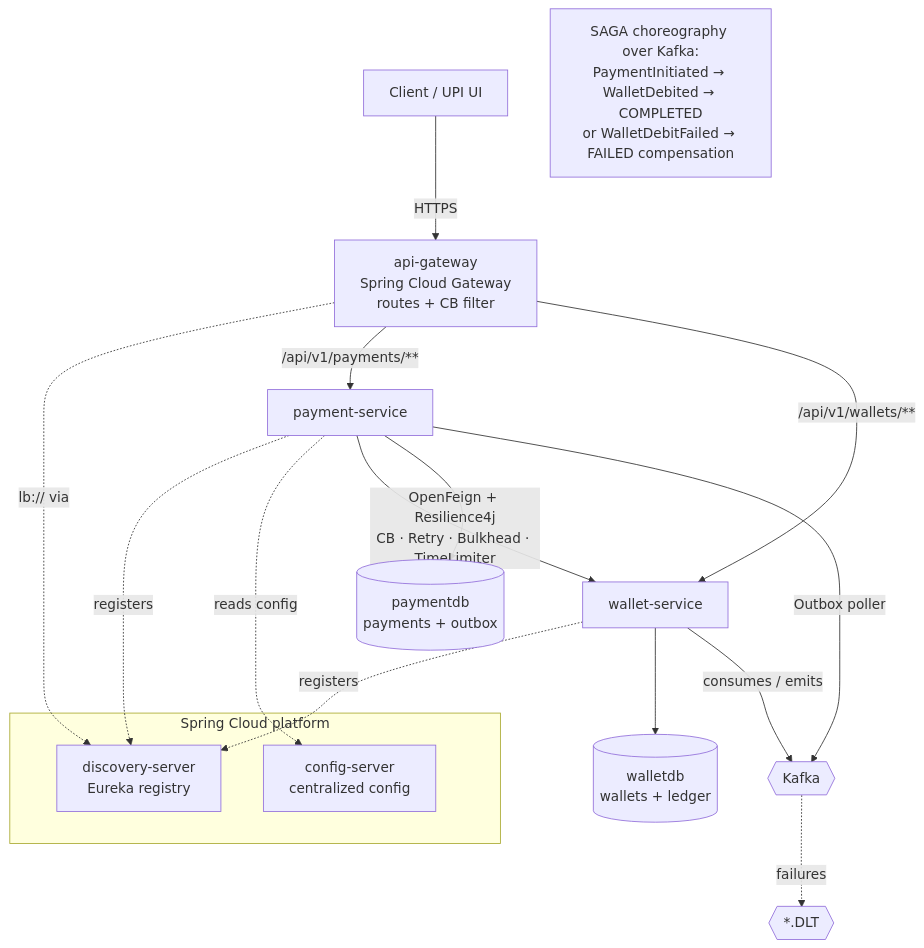
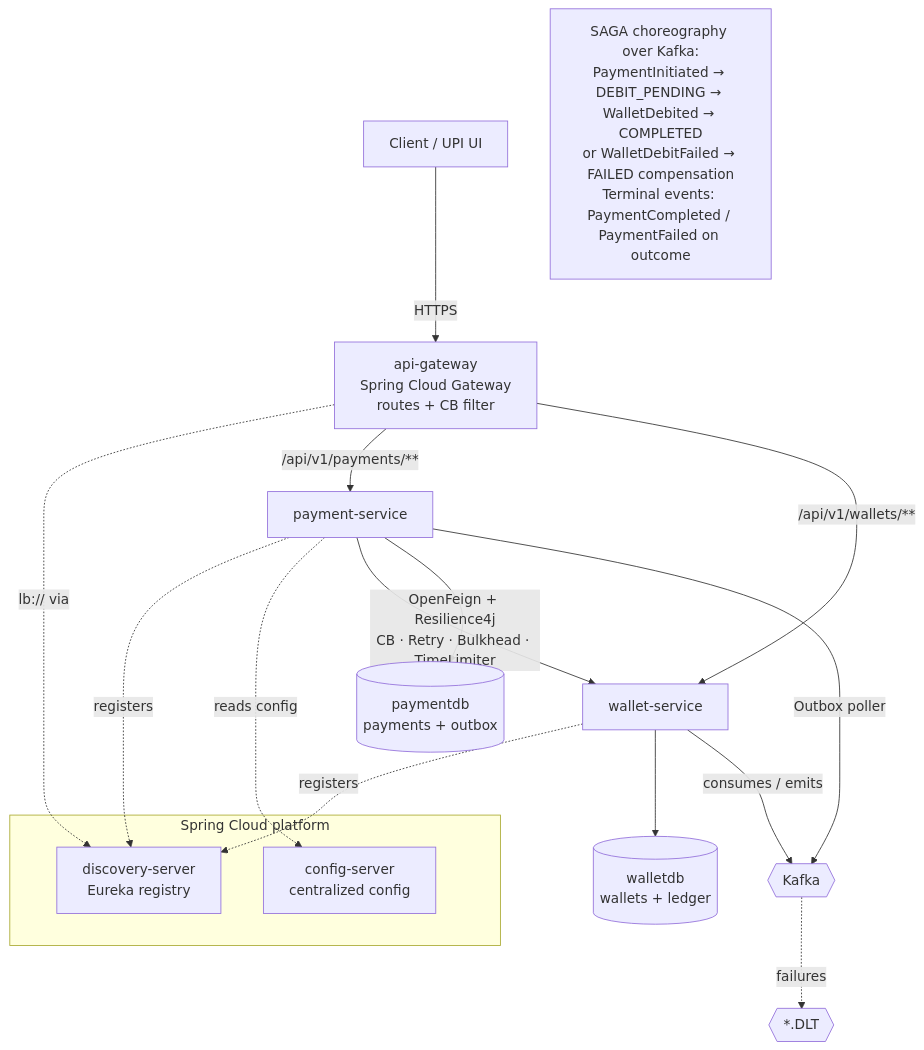
The first of 5 diagrams in DIAGRAMS.md (guptaumang769/upi-payment-system), drawn with Mermaid before and after one commit. The commit also changed other lines of this file and 2 other files, not shown here.

Commit message:
feat(payment): add DEBIT_PENDING to Payment status enum

````diff
--- a/DIAGRAMS.md
+++ b/DIAGRAMS.md
@@ -16,26 +16,26 @@
 ```mermaid
 flowchart TB
     Client[Client / UPI UI] -->|HTTPS| GW[api-gateway<br/>Spring Cloud Gateway<br/>routes + CB filter]
 
     subgraph Platform[Spring Cloud platform]
       Eureka[discovery-server<br/>Eureka registry]
       Config[config-server<br/>centralized config]
     end
 
     GW -. lb:// via .-> Eureka
     Pay -. registers .-> Eureka
     Wal -. registers .-> Eureka
     Pay -. reads config .-> Config
     GW -->|/api/v1/payments/**| Pay[payment-service]
     GW -->|/api/v1/wallets/**| Wal[wallet-service]
 
     Pay -->|OpenFeign + Resilience4j<br/>CB · Retry · Bulkhead · TimeLimiter| Wal
     Pay --> PayDB[(paymentdb<br/>payments + outbox)]
     Wal --> WalDB[(walletdb<br/>wallets + ledger)]
 
     Pay -->|Outbox poller| Kafka{{Kafka}}
     Wal -->|consumes / emits| Kafka
     Kafka -. failures .-> DLT{{*.DLT}}
 
-    note1[SAGA choreography over Kafka:<br/>PaymentInitiated → WalletDebited → COMPLETED<br/>or WalletDebitFailed → FAILED compensation]
+    note1[SAGA choreography over Kafka:<br/>PaymentInitiated → DEBIT_PENDING → WalletDebited → COMPLETED<br/>or WalletDebitFailed → FAILED compensation<br/>Terminal events: PaymentCompleted / PaymentFailed on outcome]
 ```
````
